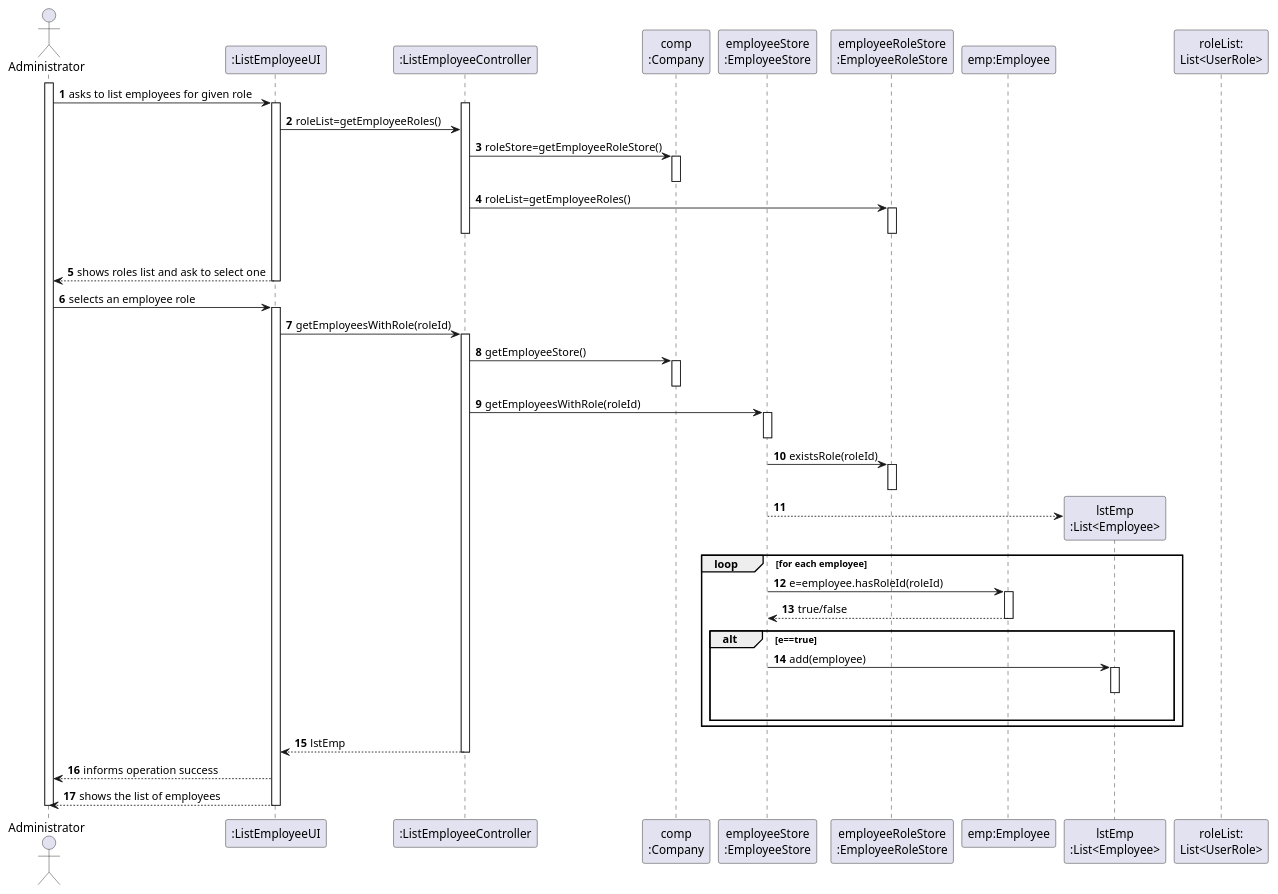
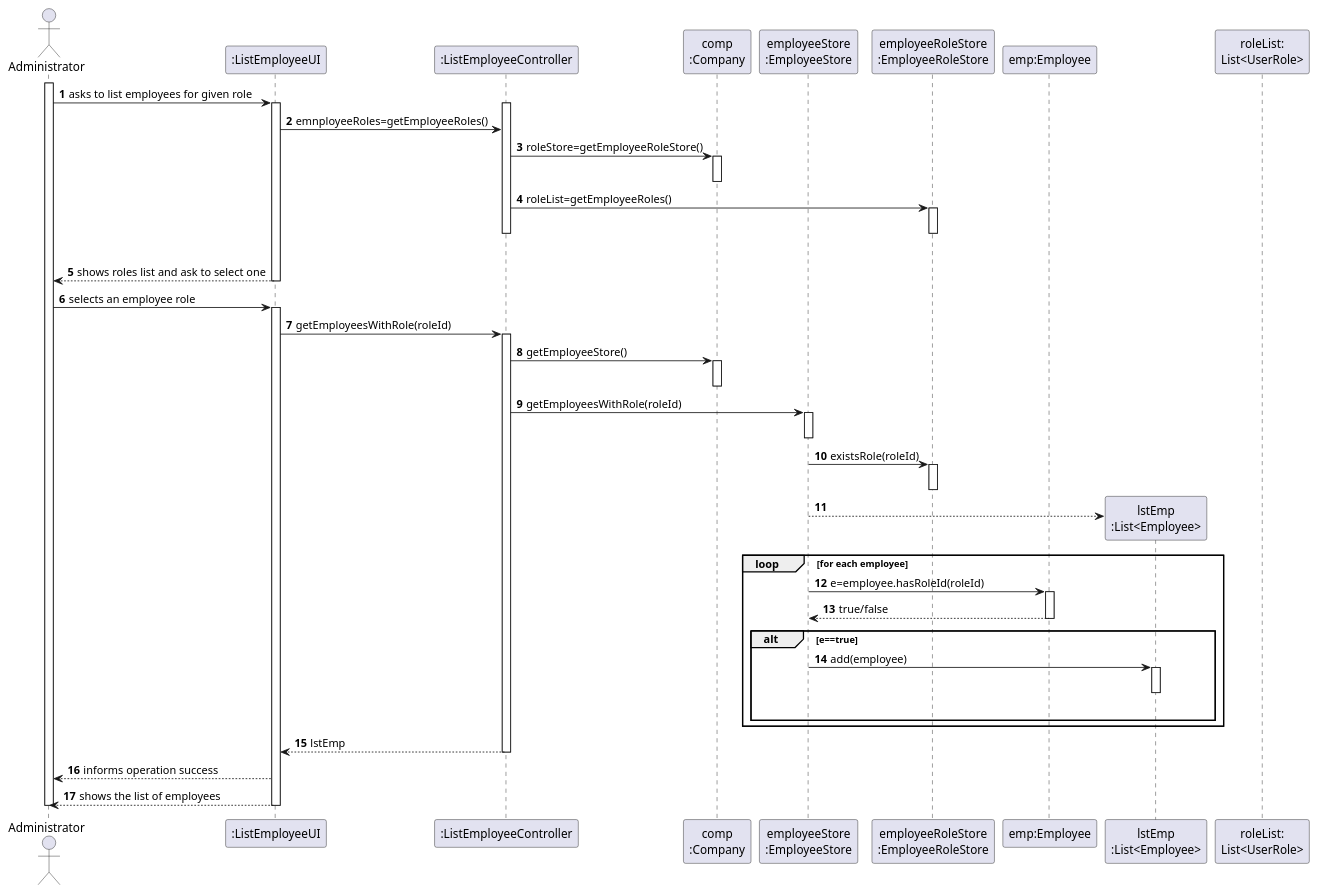
The diagram in docs/SprintB/US11/SD/US11_SD.puml (miseEnPlace-i/lapr2), drawn with PlantUML before and after one commit. The commit also changed 6 other files, not shown here.

```diff
--- a/docs/SprintB/US11/SD/US11_SD.puml
+++ b/docs/SprintB/US11/SD/US11_SD.puml
@@ -1,76 +1,76 @@
 @startuml
 autonumber
 'hide footbox
 actor "Administrator" as ADM
 
 participant ":ListEmployeeUI" as UI
 participant ":ListEmployeeController" as CTRL
 participant "comp\n:Company" as COMP
 participant "employeeStore\n:EmployeeStore" as EMPS
 participant "employeeRoleStore\n:EmployeeRoleStore" as ROLES
 participant "emp:Employee" as EMP
 
 activate ADM
 ADM -> UI : asks to list employees for given role
 activate UI
 activate CTRL
-UI -> CTRL : roleList=getEmployeeRoles()
+UI -> CTRL : emnployeeRoles=getEmployeeRoles()
 CTRL -> COMP : roleStore=getEmployeeRoleStore()
 activate COMP
 deactivate COMP
 
 CTRL -> ROLES : roleList=getEmployeeRoles()
 activate ROLES
 |||
 deactivate ROLES
 deactivate CTRL
 
 UI --> ADM : shows roles list and ask to select one
 deactivate UI
 
 ADM -> UI : selects an employee role
 activate UI
 
 UI -> CTRL : getEmployeesWithRole(roleId)
 activate CTRL
 
 CTRL -> COMP: getEmployeeStore()
 activate COMP
 deactivate COMP
 CTRL -> EMPS: getEmployeesWithRole(roleId)
 activate EMPS
 deactivate EMPS
 EMPS -> ROLES: existsRole(roleId)
 activate ROLES
 deactivate ROLES
 create "lstEmp\n:List<Employee>" as LST
 EMPS --> LST
 
 loop for each employee
     EMPS -> EMP: e=employee.hasRoleId(roleId)
   activate EMP
     EMP --> EMPS: true/false
   deactivate EMP
     alt e==true
         EMPS -> LST: add(employee)
       activate LST
     |||
     deactivate LST
     end
 end
 
 CTRL --> UI: lstEmp
 
 deactivate COMP
 deactivate CTRL
 UI --> ADM : informs operation success
 UI --> ADM: shows the list of employees
 deactivate UI
 
 deactivate UI
 deactivate CTRL
 deactivate ADM
 
 participant "roleList:\nList<UserRole>"
 
 @enduml
```
